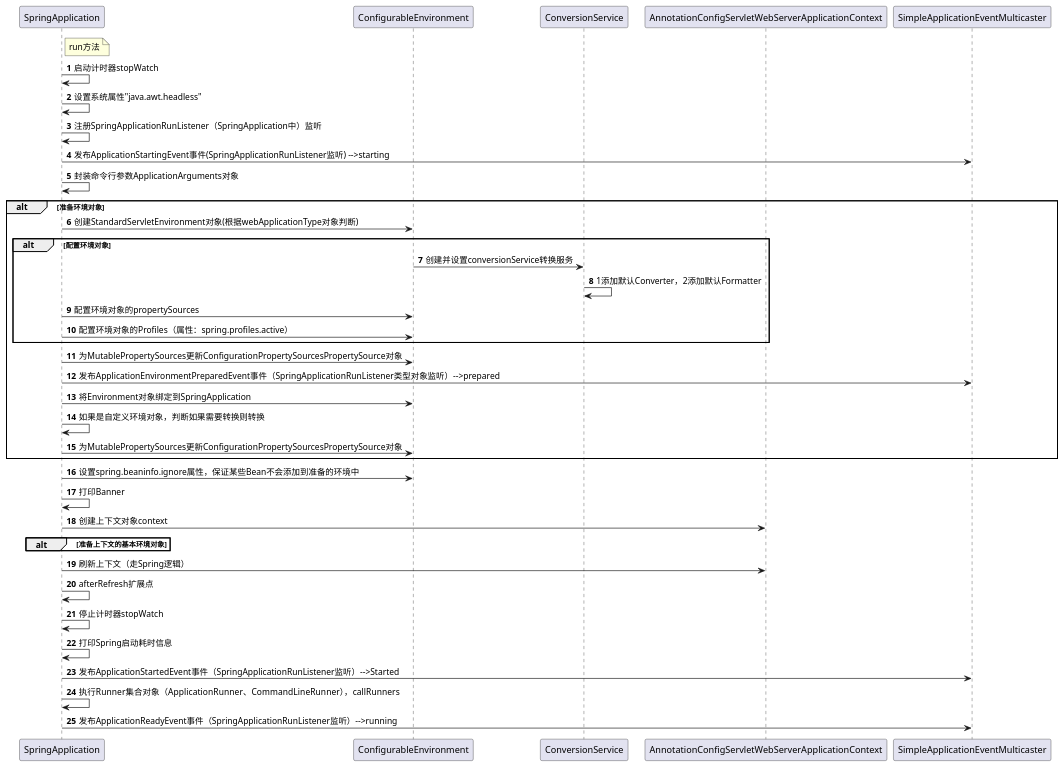
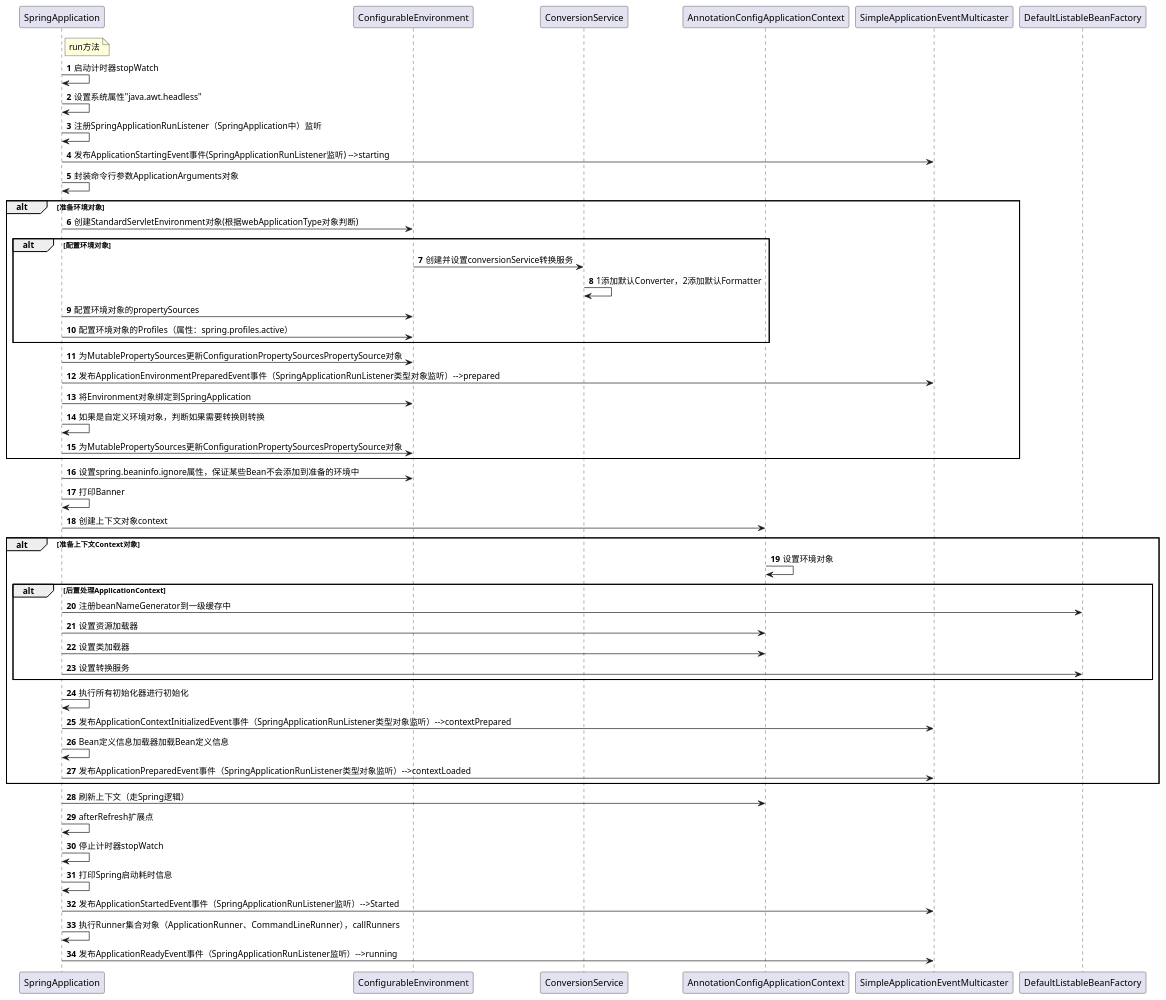
One commit to xiyouypf/dubbo changed the diagram in springboot/run方法.puml. Above: the diagram before and after it, drawn with PlantUML. The commit also changed 5 other files, not shown here.

Commit message:
SpringBoot启动流程图

```diff
--- a/springboot/run方法.puml
+++ b/springboot/run方法.puml
@@ -2,47 +2,59 @@
 @startuml
 'https://plantuml.com/sequence-diagram
 
 autonumber
 
-autonumber
 participant SpringApplication as SpringApplication
 participant ConfigurableEnvironment as Environment
 participant ConversionService as ConversionService
-participant AnnotationConfigServletWebServerApplicationContext as Context
+participant AnnotationConfigApplicationContext as Context
 participant SimpleApplicationEventMulticaster as initialMulticaster
+participant DefaultListableBeanFactory as BeanFactory
 
 note right of SpringApplication
 run方法
 end note
 SpringApplication -> SpringApplication: 启动计时器stopWatch
 SpringApplication -> SpringApplication: 设置系统属性"java.awt.headless"
 SpringApplication -> SpringApplication: 注册SpringApplicationRunListener（SpringApplication中）监听
 SpringApplication -> initialMulticaster: 发布ApplicationStartingEvent事件(SpringApplicationRunListener监听) -->starting
 SpringApplication -> SpringApplication: 封装命令行参数ApplicationArguments对象
+
 alt 准备环境对象
 SpringApplication -> Environment: 创建StandardServletEnvironment对象(根据webApplicationType对象判断)
 alt 配置环境对象
 Environment -> ConversionService: 创建并设置conversionService转换服务
 ConversionService -> ConversionService: 1添加默认Converter，2添加默认Formatter
 SpringApplication -> Environment: 配置环境对象的propertySources
 SpringApplication -> Environment: 配置环境对象的Profiles（属性：spring.profiles.active）
 end
 SpringApplication -> Environment: 为MutablePropertySources更新ConfigurationPropertySourcesPropertySource对象
 SpringApplication -> initialMulticaster: 发布ApplicationEnvironmentPreparedEvent事件（SpringApplicationRunListener类型对象监听）-->prepared
 SpringApplication -> Environment: 将Environment对象绑定到SpringApplication
 SpringApplication -> SpringApplication: 如果是自定义环境对象，判断如果需要转换则转换
 SpringApplication -> Environment: 为MutablePropertySources更新ConfigurationPropertySourcesPropertySource对象
 end
 SpringApplication -> Environment: 设置spring.beaninfo.ignore属性，保证某些Bean不会添加到准备的环境中
 SpringApplication -> SpringApplication: 打印Banner
 SpringApplication -> Context: 创建上下文对象context
-alt 准备上下文的基本环境对象
+alt 准备上下文Context对象
+Context -> Context: 设置环境对象
+alt 后置处理ApplicationContext
+    SpringApplication -> BeanFactory: 注册beanNameGenerator到一级缓存中
+    SpringApplication -> Context: 设置资源加载器
+    SpringApplication -> Context: 设置类加载器
+    SpringApplication -> BeanFactory: 设置转换服务
+end
+SpringApplication -> SpringApplication: 执行所有初始化器进行初始化
+SpringApplication -> initialMulticaster: 发布ApplicationContextInitializedEvent事件（SpringApplicationRunListener类型对象监听）-->contextPrepared
+SpringApplication -> SpringApplication: Bean定义信息加载器加载Bean定义信息
+SpringApplication -> initialMulticaster: 发布ApplicationPreparedEvent事件（SpringApplicationRunListener类型对象监听）-->contextLoaded
 end
 SpringApplication -> Context: 刷新上下文（走Spring逻辑）
 SpringApplication -> SpringApplication: afterRefresh扩展点
 SpringApplication -> SpringApplication: 停止计时器stopWatch
 SpringApplication -> SpringApplication: 打印Spring启动耗时信息
 SpringApplication -> initialMulticaster: 发布ApplicationStartedEvent事件（SpringApplicationRunListener监听）-->Started
 SpringApplication -> SpringApplication: 执行Runner集合对象（ApplicationRunner、CommandLineRunner），callRunners
 SpringApplication -> initialMulticaster: 发布ApplicationReadyEvent事件（SpringApplicationRunListener监听）-->running
 @enduml
```
